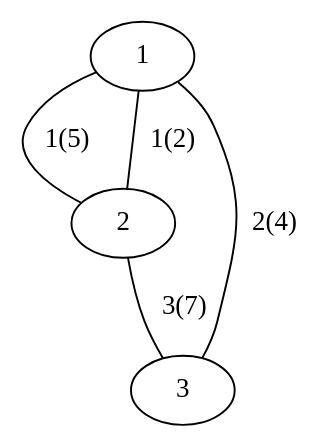
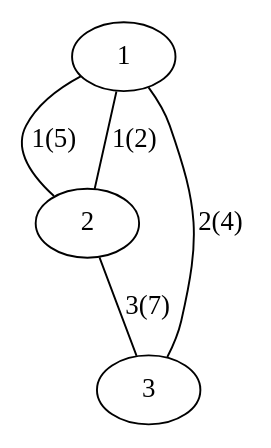
One commit to pgRouting/pgrouting changed the fourth of 6 diagrams in doc/src/pgRouting-concepts.rst. Above: the diagram before and after it, drawn with Graphviz. The commit also changed other lines of this file and 9 other files, not shown here.

```diff
--- a/doc/src/pgRouting-concepts.rst
+++ b/doc/src/pgRouting-concepts.rst
@@ -254,8 +254,8 @@
 .. graphviz::
 
    graph G {
-    1 -- 2 [label="  1(5)"];
-    2 -- 1 [label="  1(2)"];
-    3 -- 1 [label="  2(4)"];
-    2 -- 3 [label="  3(7)"];
+    1 -- 2 [label="1(5)"];
+    2 -- 1 [label="1(2)"];
+    3 -- 1 [label="2(4)"];
+    2 -- 3 [label="3(7)"];
    }
```
